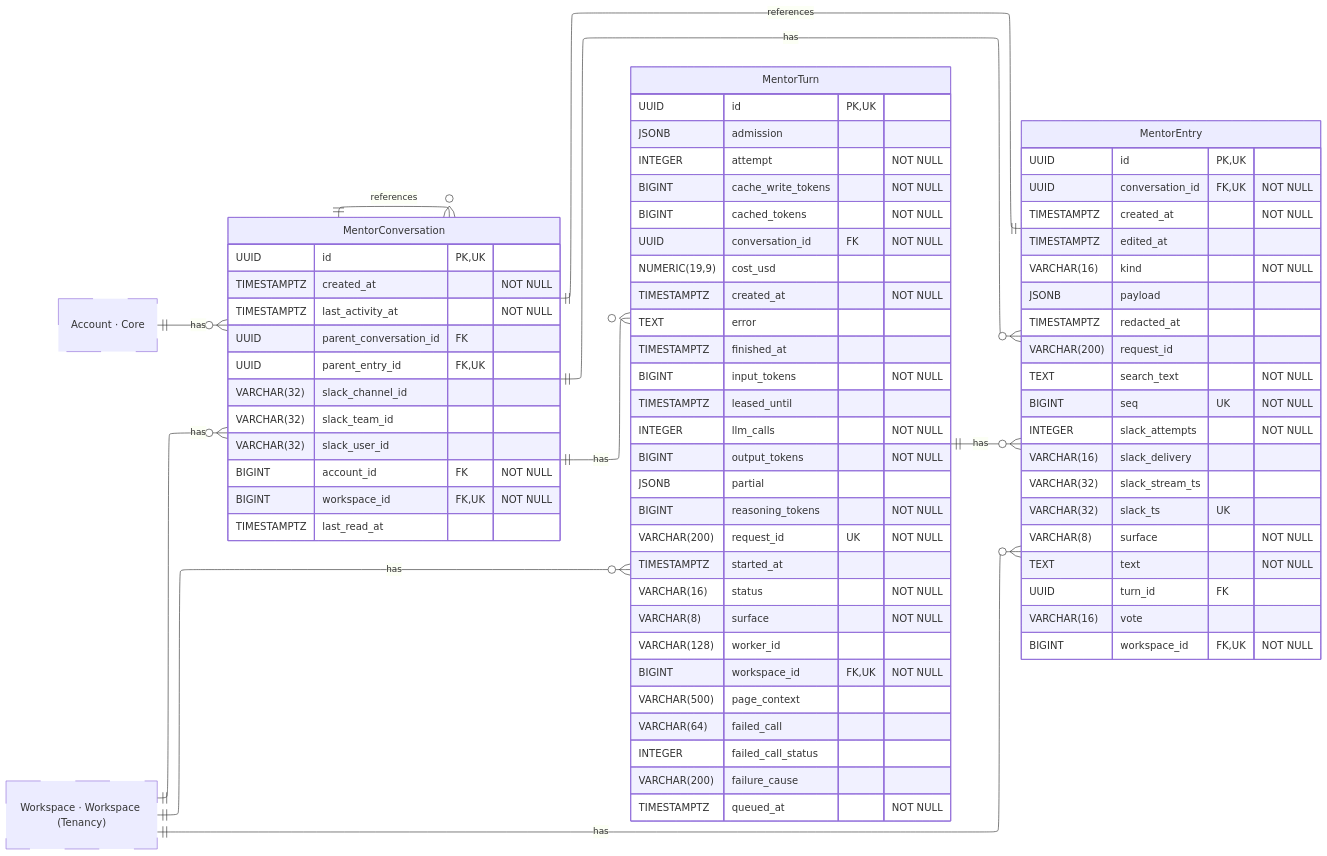
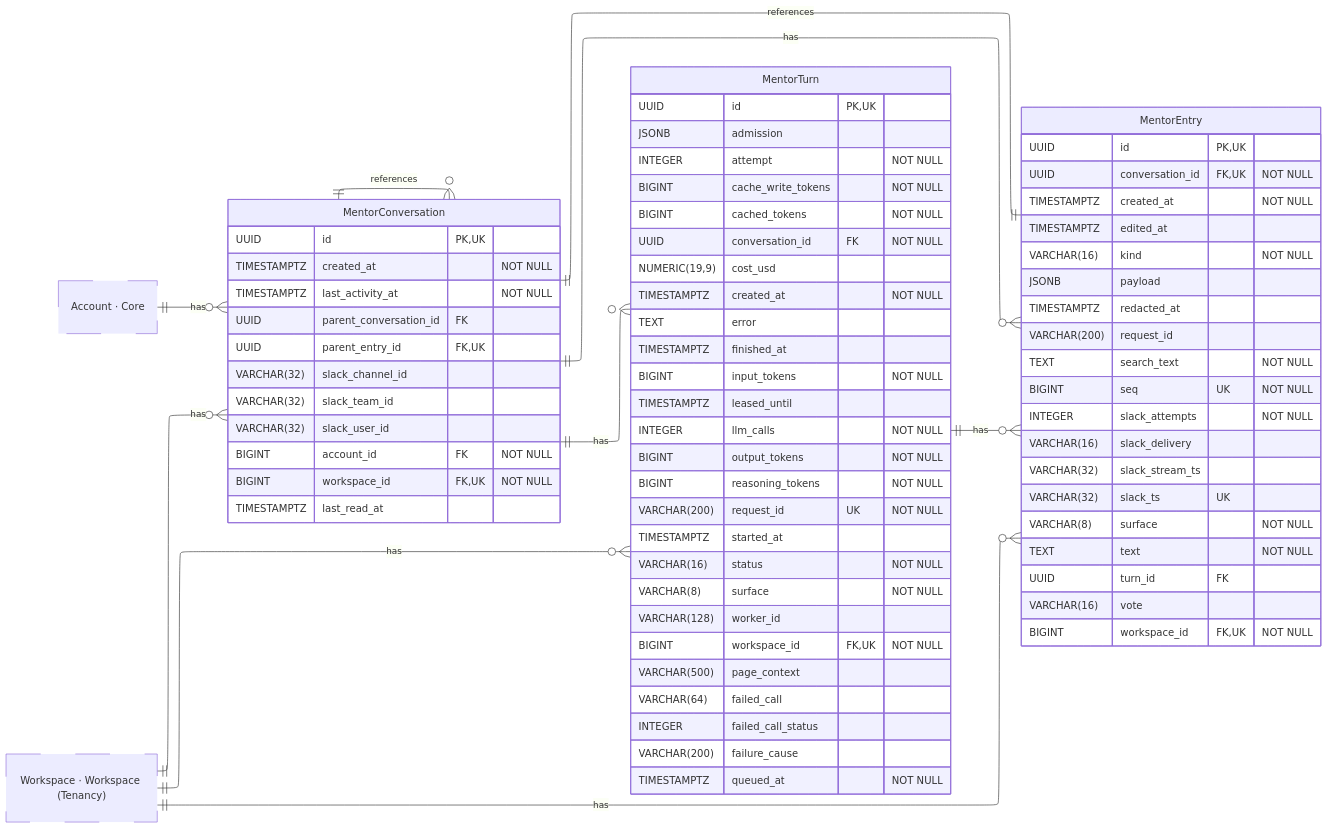
Before and after one commit to hephaestus-build/Hephaestus: the diagram in docs/contributor/erd/mentor.mmd, drawn with Mermaid. The commit also changed 32 other files, not shown here.

```diff
--- a/docs/contributor/erd/mentor.mmd
+++ b/docs/contributor/erd/mentor.mmd
@@ -1,102 +1,101 @@
 ---
 config:
     layout: elk
 ---
 erDiagram
     %% Generated automatically from PostgreSQL database schema
     %% using scripts/generate-mermaid-erd.ts
     %% To regenerate: vp run db:generate-erd-docs
 
     direction LR
 
     MentorConversation {
         UUID id PK,UK
         TIMESTAMPTZ created_at "NOT NULL"
         TIMESTAMPTZ last_activity_at "NOT NULL"
         UUID parent_conversation_id FK
         UUID parent_entry_id FK,UK
         VARCHAR(32) slack_channel_id
         VARCHAR(32) slack_team_id
         VARCHAR(32) slack_user_id
         BIGINT account_id FK "NOT NULL"
         BIGINT workspace_id FK,UK "NOT NULL"
         TIMESTAMPTZ last_read_at
     }
 
     MentorEntry {
         UUID id PK,UK
         UUID conversation_id FK,UK "NOT NULL"
         TIMESTAMPTZ created_at "NOT NULL"
         TIMESTAMPTZ edited_at
         VARCHAR(16) kind "NOT NULL"
         JSONB payload
         TIMESTAMPTZ redacted_at
         VARCHAR(200) request_id
         TEXT search_text "NOT NULL"
         BIGINT seq UK "NOT NULL"
         INTEGER slack_attempts "NOT NULL"
         VARCHAR(16) slack_delivery
         VARCHAR(32) slack_stream_ts
         VARCHAR(32) slack_ts UK
         VARCHAR(8) surface "NOT NULL"
         TEXT text "NOT NULL"
         UUID turn_id FK
         VARCHAR(16) vote
         BIGINT workspace_id FK,UK "NOT NULL"
     }
 
     MentorTurn {
         UUID id PK,UK
         JSONB admission
         INTEGER attempt "NOT NULL"
         BIGINT cache_write_tokens "NOT NULL"
         BIGINT cached_tokens "NOT NULL"
         UUID conversation_id FK "NOT NULL"
         NUMERIC(19,9) cost_usd
         TIMESTAMPTZ created_at "NOT NULL"
         TEXT error
         TIMESTAMPTZ finished_at
         BIGINT input_tokens "NOT NULL"
         TIMESTAMPTZ leased_until
         INTEGER llm_calls "NOT NULL"
         BIGINT output_tokens "NOT NULL"
-        JSONB partial
         BIGINT reasoning_tokens "NOT NULL"
         VARCHAR(200) request_id UK "NOT NULL"
         TIMESTAMPTZ started_at
         VARCHAR(16) status "NOT NULL"
         VARCHAR(8) surface "NOT NULL"
         VARCHAR(128) worker_id
         BIGINT workspace_id FK,UK "NOT NULL"
         VARCHAR(500) page_context
         VARCHAR(64) failed_call
         INTEGER failed_call_status
         VARCHAR(200) failure_cause
         TIMESTAMPTZ queued_at "NOT NULL"
     }
 
     Account["Account · Core"]
     Workspace["Workspace · Workspace (Tenancy)"]
 
     %% Relationships
     %% One-to-One relationships
     MentorEntry ||--|| MentorConversation : references
 
     %% One-to-Many relationships
     Account ||--o{ MentorConversation : has
     MentorConversation ||--o{ MentorConversation : references
     Workspace ||--o{ MentorConversation : has
     MentorConversation ||--o{ MentorEntry : has
     MentorTurn ||--o{ MentorEntry : has
     Workspace ||--o{ MentorEntry : has
     MentorConversation ||--o{ MentorTurn : has
     Workspace ||--o{ MentorTurn : has
 
     %% Styling
     classDef primaryEntity stroke:#0288d1,stroke-width:2px
     classDef associationEntity stroke:#8e24aa,stroke-width:2px
     classDef metadataEntity stroke:#43a047,stroke-width:2px
     classDef referenceEntity stroke-dasharray:5 5
 
     class Account referenceEntity
     class Workspace referenceEntity
```
